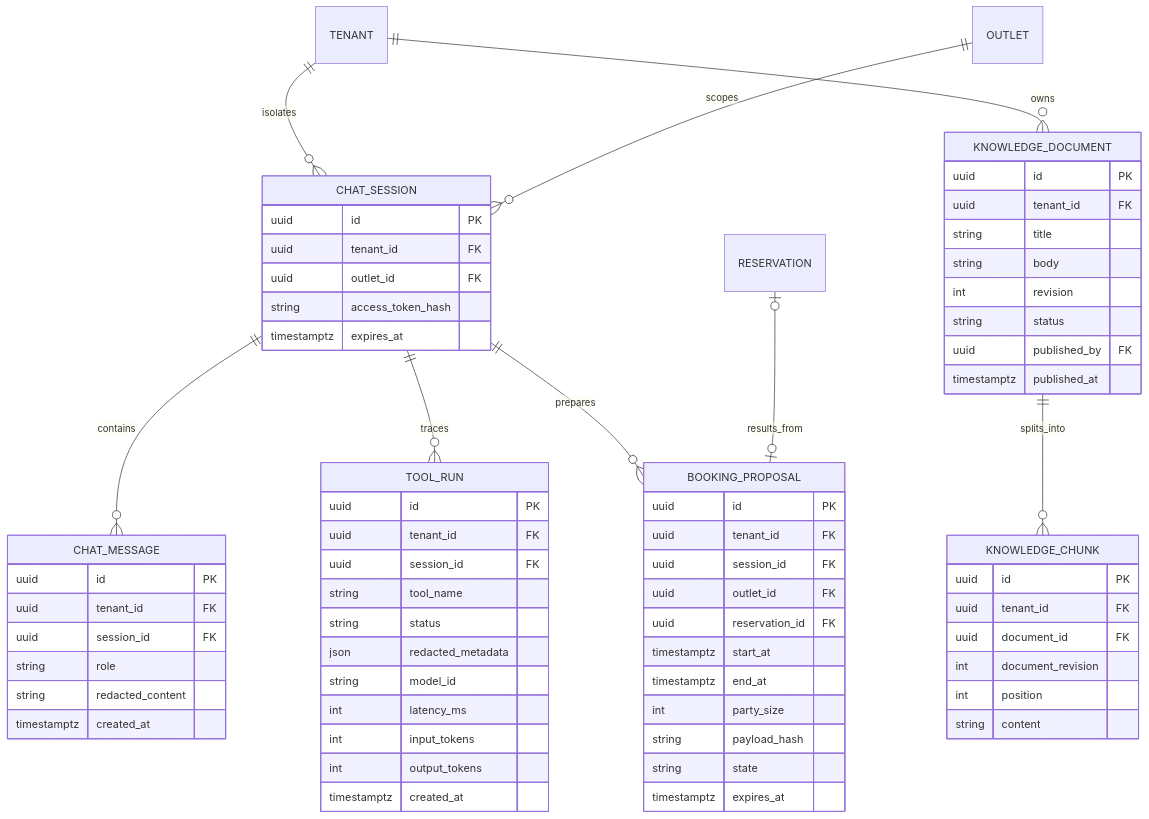
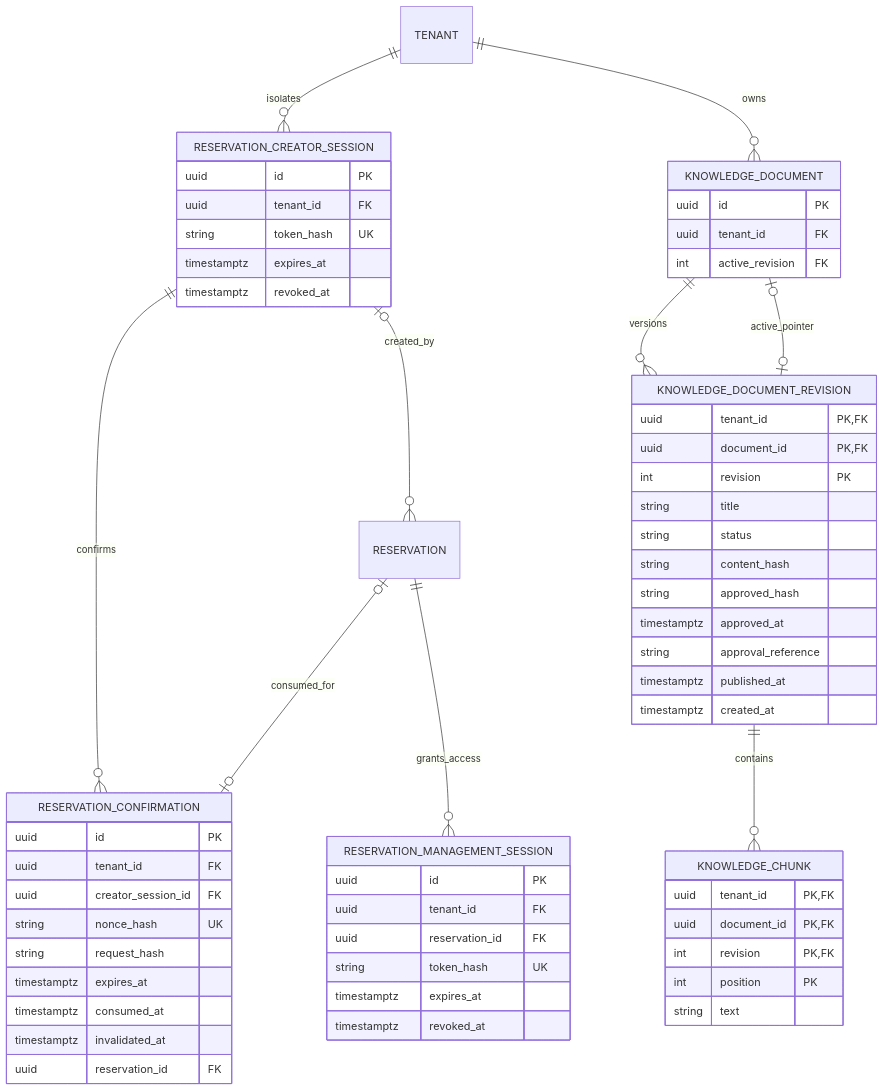
Before and after one commit to wisnufadhillah/Restaurant-Mulit-Tenant: the fifth of 9 diagrams in PRD — Restaurant Assistant MVP.md, drawn with Mermaid. The commit also changed other lines of this file and 42 other files, not shown here.

````diff
--- a/PRD — Restaurant Assistant MVP.md
+++ b/PRD — Restaurant Assistant MVP.md
@@ -368,71 +344,64 @@
 ```mermaid
 erDiagram
-    TENANT ||--o{ CHAT_SESSION : isolates
-    OUTLET ||--o{ CHAT_SESSION : scopes
-    CHAT_SESSION ||--o{ CHAT_MESSAGE : contains
-    CHAT_SESSION ||--o{ TOOL_RUN : traces
-    CHAT_SESSION ||--o{ BOOKING_PROPOSAL : prepares
-    RESERVATION o|--o| BOOKING_PROPOSAL : results_from
+    TENANT ||--o{ RESERVATION_CREATOR_SESSION : isolates
+    RESERVATION_CREATOR_SESSION o|--o{ RESERVATION : created_by
+    RESERVATION_CREATOR_SESSION ||--o{ RESERVATION_CONFIRMATION : confirms
+    RESERVATION o|--o| RESERVATION_CONFIRMATION : consumed_for
+    RESERVATION ||--o{ RESERVATION_MANAGEMENT_SESSION : grants_access
     TENANT ||--o{ KNOWLEDGE_DOCUMENT : owns
-    KNOWLEDGE_DOCUMENT ||--o{ KNOWLEDGE_CHUNK : splits_into
+    KNOWLEDGE_DOCUMENT ||--o{ KNOWLEDGE_DOCUMENT_REVISION : versions
+    KNOWLEDGE_DOCUMENT_REVISION o|--o| KNOWLEDGE_DOCUMENT : active_pointer
+    KNOWLEDGE_DOCUMENT_REVISION ||--o{ KNOWLEDGE_CHUNK : contains
 
-    CHAT_SESSION {
+    RESERVATION_CREATOR_SESSION {
         uuid id PK
         uuid tenant_id FK
-        uuid outlet_id FK
-        string access_token_hash
+        string token_hash UK
         timestamptz expires_at
+        timestamptz revoked_at
     }
-    CHAT_MESSAGE {
+    RESERVATION_CONFIRMATION {
         uuid id PK
         uuid tenant_id FK
-        uuid session_id FK
-        string role
-        string redacted_content
-        timestamptz created_at
+        uuid creator_session_id FK
+        string nonce_hash UK
+        string request_hash
+        timestamptz expires_at
+        timestamptz consumed_at
+        timestamptz invalidated_at
+        uuid reservation_id FK
     }
-    TOOL_RUN {
+    RESERVATION_MANAGEMENT_SESSION {
         uuid id PK
         uuid tenant_id FK
-        uuid session_id FK
-        string tool_name
-        string status
-        json redacted_metadata
-        string model_id
-        int latency_ms
-        int input_tokens
-        int output_tokens
-        timestamptz created_at
-    }
-    BOOKING_PROPOSAL {
-        uuid id PK
-        uuid tenant_id FK
-        uuid session_id FK
-        uuid outlet_id FK
         uuid reservation_id FK
-        timestamptz start_at
-        timestamptz end_at
-        int party_size
-        string payload_hash
-        string state
+        string token_hash UK
         timestamptz expires_at
+        timestamptz revoked_at
     }
     KNOWLEDGE_DOCUMENT {
         uuid id PK
         uuid tenant_id FK
+        int active_revision FK
+    }
+    KNOWLEDGE_DOCUMENT_REVISION {
+        uuid tenant_id PK,FK
+        uuid document_id PK,FK
+        int revision PK
         string title
-        string body
-        int revision
         string status
-        uuid published_by FK
+        string content_hash
+        string approved_hash
+        timestamptz approved_at
+        string approval_reference
         timestamptz published_at
+        timestamptz created_at
     }
     KNOWLEDGE_CHUNK {
-        uuid id PK
-        uuid tenant_id FK
-        uuid document_id FK
-        int document_revision
-        int position
-        string content
+        uuid tenant_id PK,FK
+        uuid document_id PK,FK
+        int revision PK,FK
+        int position PK
+        string text
     }
 ```
````
